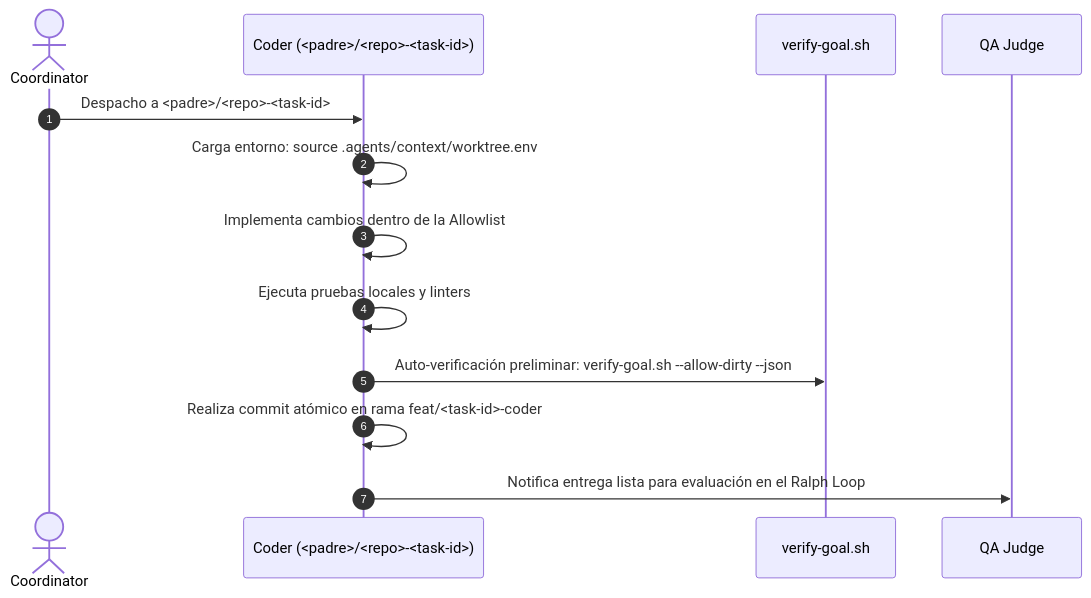
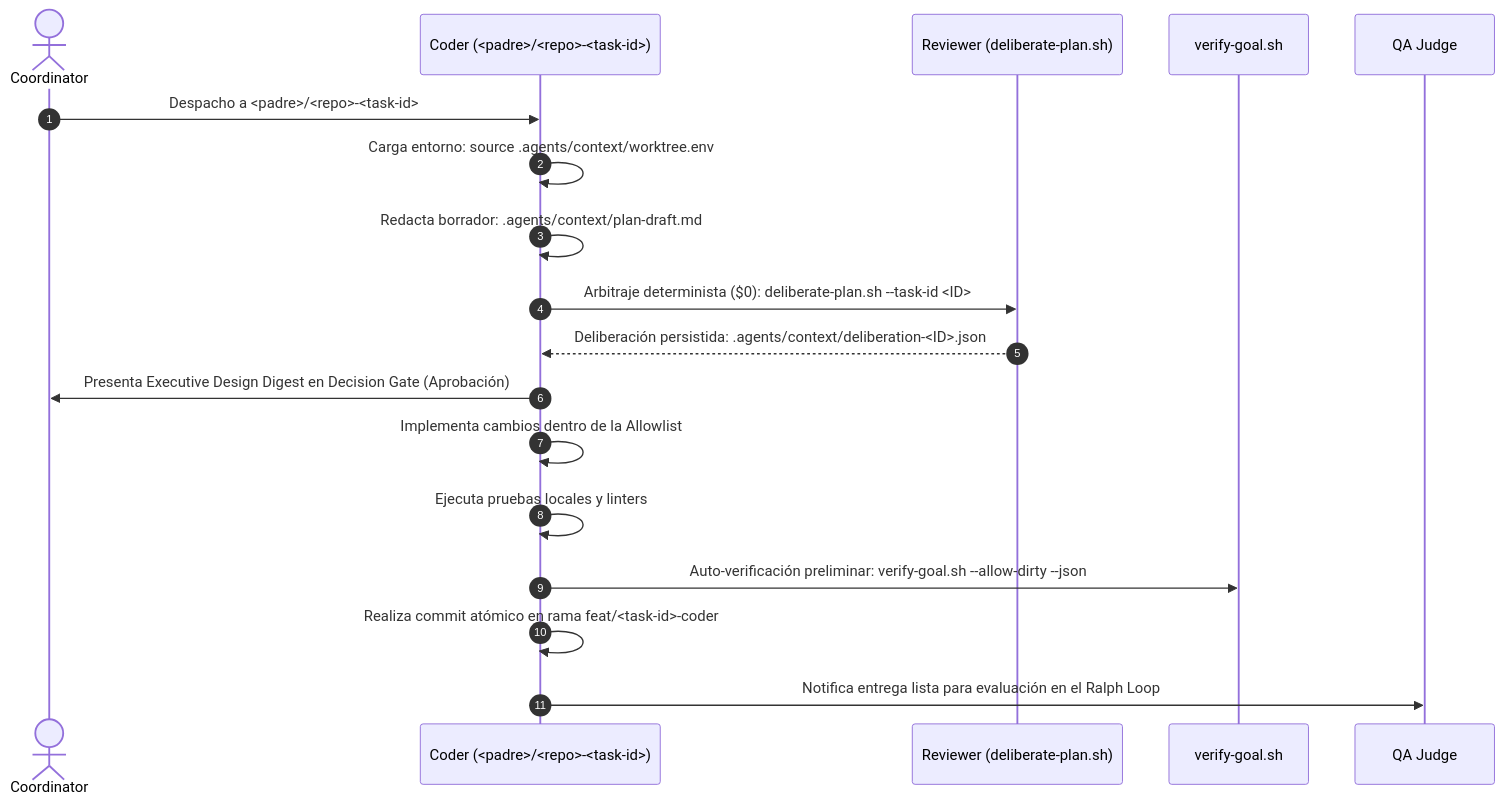
Before and after one commit to romensuarezr/agent-os: the diagram in .agents/profiles/coder.md, drawn with Mermaid. The commit also changed other lines of this file and 4 other files, not shown here.

````diff
--- a/.agents/profiles/coder.md
+++ b/.agents/profiles/coder.md
@@ -60,16 +62,21 @@
 ```mermaid
 sequenceDiagram
     autonumber
     actor C as Coordinator
     participant W as Coder (<padre>/<repo>-<task-id>)
+    participant R as Reviewer (deliberate-plan.sh)
     participant G as verify-goal.sh
     participant J as QA Judge
 
     C->>W: Despacho a <padre>/<repo>-<task-id>
     W->>W: Carga entorno: source .agents/context/worktree.env
+    W->>W: Redacta borrador: .agents/context/plan-draft.md
+    W->>R: Arbitraje determinista ($0): deliberate-plan.sh --task-id <ID>
+    R-->>W: Deliberación persistida: .agents/context/deliberation-<ID>.json
+    W->>C: Presenta Executive Design Digest en Decision Gate (Aprobación)
     W->>W: Implementa cambios dentro de la Allowlist
     W->>W: Ejecuta pruebas locales y linters
     W->>G: Auto-verificación preliminar: verify-goal.sh --allow-dirty --json
     W->>W: Realiza commit atómico en rama feat/<task-id>-coder
     W->>J: Notifica entrega lista para evaluación en el Ralph Loop
 ```
````
